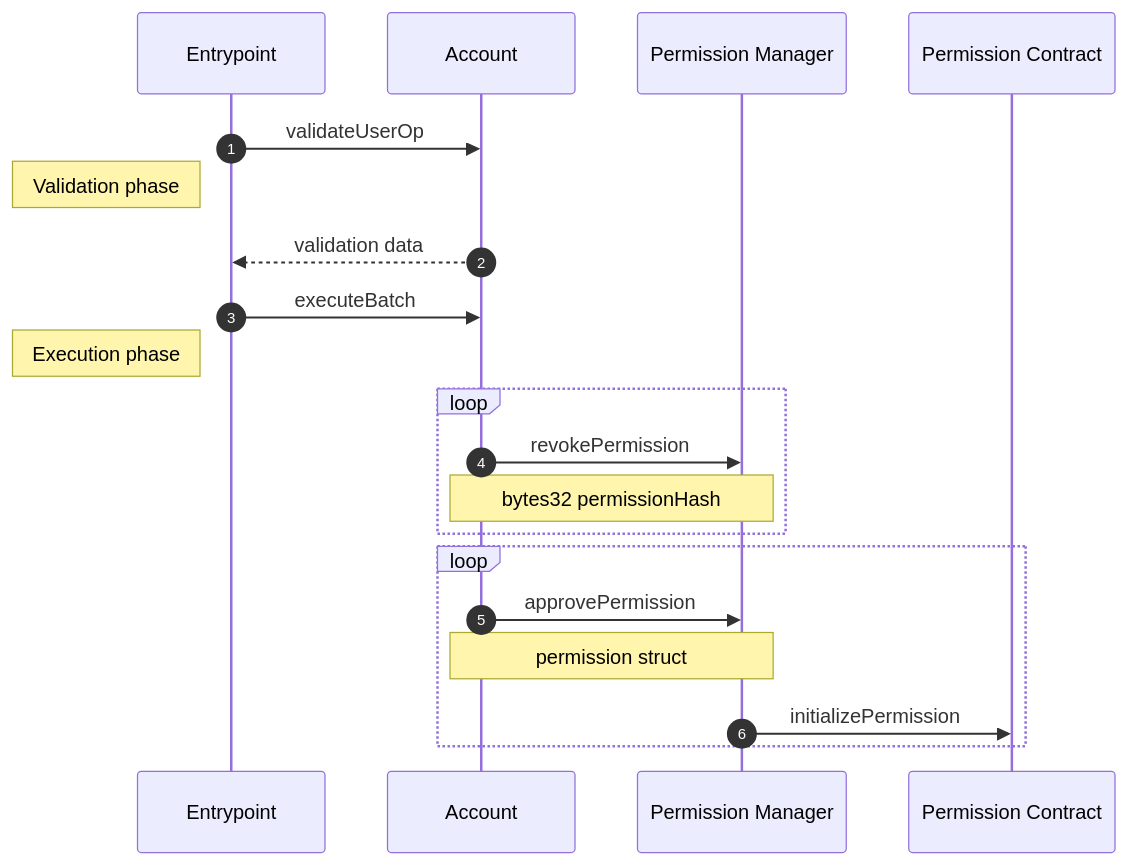
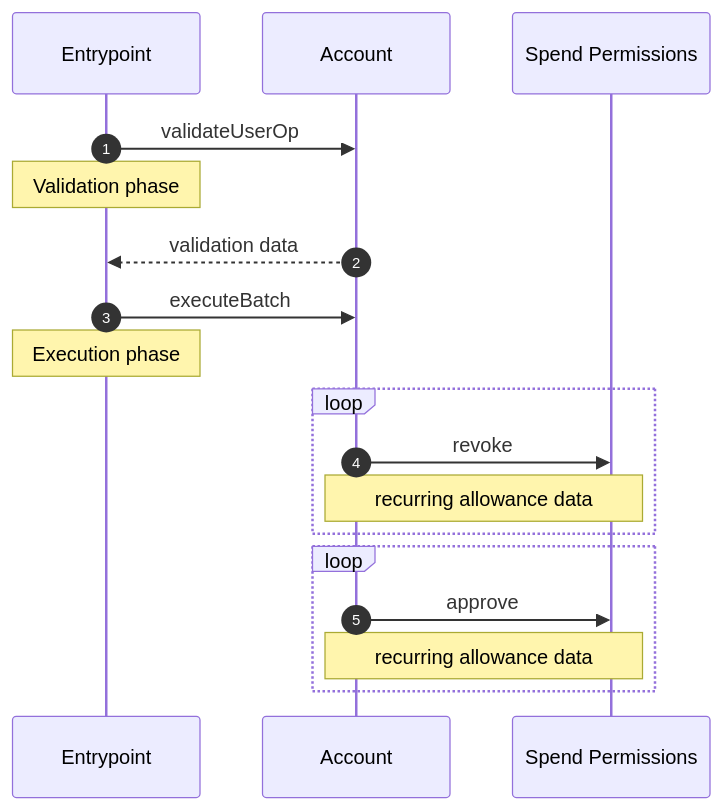
Before and after one commit to coinbase/smart-wallet-permissions: the diagram in docs/diagrams/onchain/batchUpdatePermissions.md, drawn with Mermaid. The commit also changed other lines of this file and 60 other files, not shown here.

````diff
--- a/docs/diagrams/onchain/batchUpdatePermissions.md
+++ b/docs/diagrams/onchain/batchUpdatePermissions.md
@@ -5,23 +5,21 @@
 ```mermaid
 sequenceDiagram
     autonumber
     participant E as Entrypoint
     participant A as Account
-    participant M as Permission Manager
-    participant P as Permission Contract
+    participant SP as Spend Permissions
 
     E->>A: validateUserOp
-    Note left of E: Validation phase
+    Note over E: Validation phase
     A-->>E: validation data
     E->>A: executeBatch
-    Note left of E: Execution phase
+    Note over E: Execution phase
     loop
-        A->>M: revokePermission
-        Note over A,M: bytes32 permissionHash
+        A->>SP: revoke
+        Note over A,SP: recurring allowance data
     end
     loop
-        A->>M: approvePermission
-        Note over A,M: permission struct
-        M->>P: initializePermission
+        A->>SP: approve
+        Note over A,SP: recurring allowance data
     end
 ```
````
